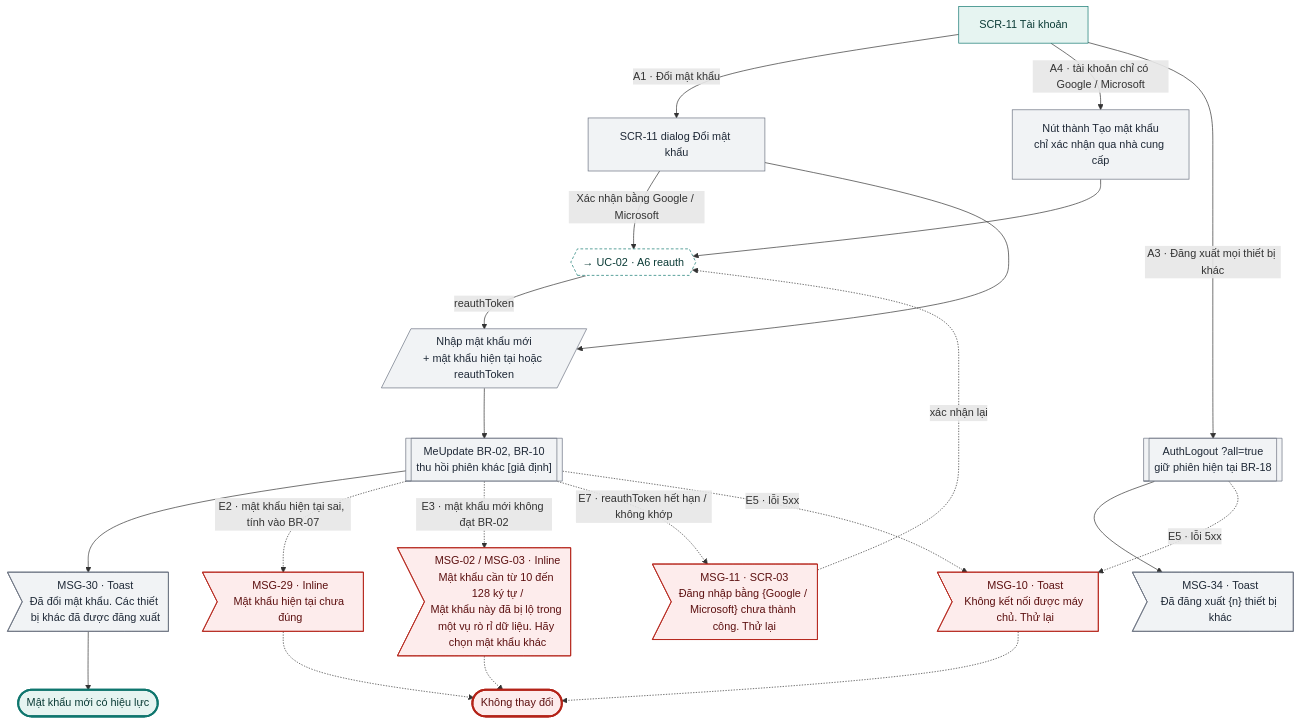
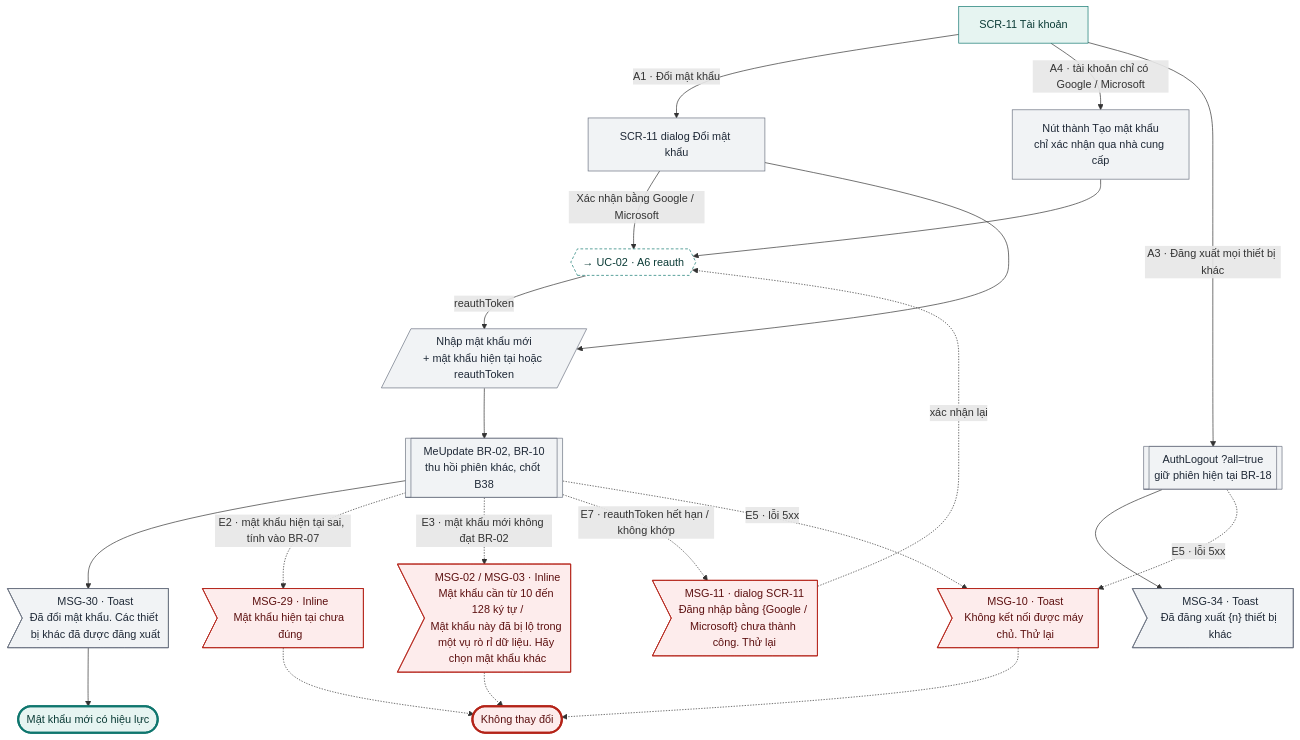
Diagram 18 of 27 in docs/design-brief/flow/g01-tai-khoan.md (tannguyenho/personal-app), drawn with Mermaid before and after one commit. The commit also changed other lines of this file and 6 other files, not shown here.

First line of the commit message:
docs(G01, G10): áp quyết định PO 09/11 vào SRS, PRD, flow; IA trỏ mã mới

````diff
--- a/docs/design-brief/flow/g01-tai-khoan.md
+++ b/docs/design-brief/flow/g01-tai-khoan.md
@@ -803,43 +807,43 @@
 ```mermaid
 flowchart TD
   s11["SCR-11 Tài khoản"]
 
   s11 -->|"A1 · Đổi mật khẩu"| a1["SCR-11 dialog Đổi mật khẩu"]
   s11 -->|"A4 · tài khoản chỉ có Google / Microsoft"| a4["Nút thành Tạo mật khẩu<br/>chỉ xác nhận qua nhà cung cấp"]
   a1 -->|"Xác nhận bằng Google / Microsoft"| rx{{"→ UC-02 · A6 reauth"}}
   a4 --> rx
   rx -->|"reauthToken"| a1u
   a1 --> a1u[/"Nhập mật khẩu mới<br/>+ mật khẩu hiện tại hoặc reauthToken"/]
-  a1u --> a1p[["MeUpdate BR-02, BR-10<br/>thu hồi phiên khác [giả định]"]]
+  a1u --> a1p[["MeUpdate BR-02, BR-10<br/>thu hồi phiên khác, chốt B38"]]
   a1p --> a1m>"MSG-30 · Toast<br/>Đã đổi mật khẩu. Các thiết bị khác đã được đăng xuất"]
   a1m --> a1ok(["Mật khẩu mới có hiệu lực"])
 
   s11 -->|"A3 · Đăng xuất mọi thiết bị khác"| a3p[["AuthLogout ?all=true<br/>giữ phiên hiện tại BR-18"]]
   a3p --> a3m>"MSG-34 · Toast<br/>Đã đăng xuất {n} thiết bị khác"]
 
   a1p -.->|"E2 · mật khẩu hiện tại sai, tính vào BR-07"| e2m>"MSG-29 · Inline<br/>Mật khẩu hiện tại chưa đúng"]
   a1p -.->|"E3 · mật khẩu mới không đạt BR-02"| e3m>"MSG-02 / MSG-03 · Inline<br/>Mật khẩu cần từ 10 đến 128 ký tự /<br/>Mật khẩu này đã bị lộ trong một vụ rò rỉ dữ liệu. Hãy chọn mật khẩu khác"]
-  a1p -.->|"E7 · reauthToken hết hạn / không khớp"| e7m>"MSG-11 · SCR-03<br/>Đăng nhập bằng {Google / Microsoft} chưa thành công. Thử lại"]
+  a1p -.->|"E7 · reauthToken hết hạn / không khớp"| e7m>"MSG-11 · dialog SCR-11<br/>Đăng nhập bằng {Google / Microsoft} chưa thành công. Thử lại"]
   e7m -.->|"xác nhận lại"| rx
   a1p -.->|"E5 · lỗi 5xx"| e5m>"MSG-10 · Toast<br/>Không kết nối được máy chủ. Thử lại"]
   a3p -.->|"E5 · lỗi 5xx"| e5m
   e2m -.-> fail(["Không thay đổi"])
   e3m -.-> fail
   e5m -.-> fail
 
   class s11 happy
   class a1,a4,a1u,a1p,a1m,a3p,a3m alt
   class rx link
   class e2m,e3m,e7m,e5m err
   class a1ok done
   class fail fail
   classDef happy fill:#E6F4F1,stroke:#0F766E,color:#0B3B36
   classDef alt fill:#F1F3F5,stroke:#6B7280,color:#1F2937
   classDef err fill:#FDECEC,stroke:#B42318,color:#5C1010
   classDef warn fill:#FEF4E2,stroke:#B45309,color:#4A2604
   classDef ai fill:#F1ECFD,stroke:#6D28D9,color:#2E1065
   classDef sync fill:#FFFFFF,stroke:#6B7280,stroke-dasharray:4 3,color:#1F2937
   classDef link fill:#FFFFFF,stroke:#0F766E,stroke-dasharray:4 3,color:#0B3B36
   classDef done fill:#E6F4F1,stroke:#0F766E,stroke-width:3px,color:#0B3B36
   classDef fail fill:#FDECEC,stroke:#B42318,stroke-width:3px,color:#5C1010
 ```
````
